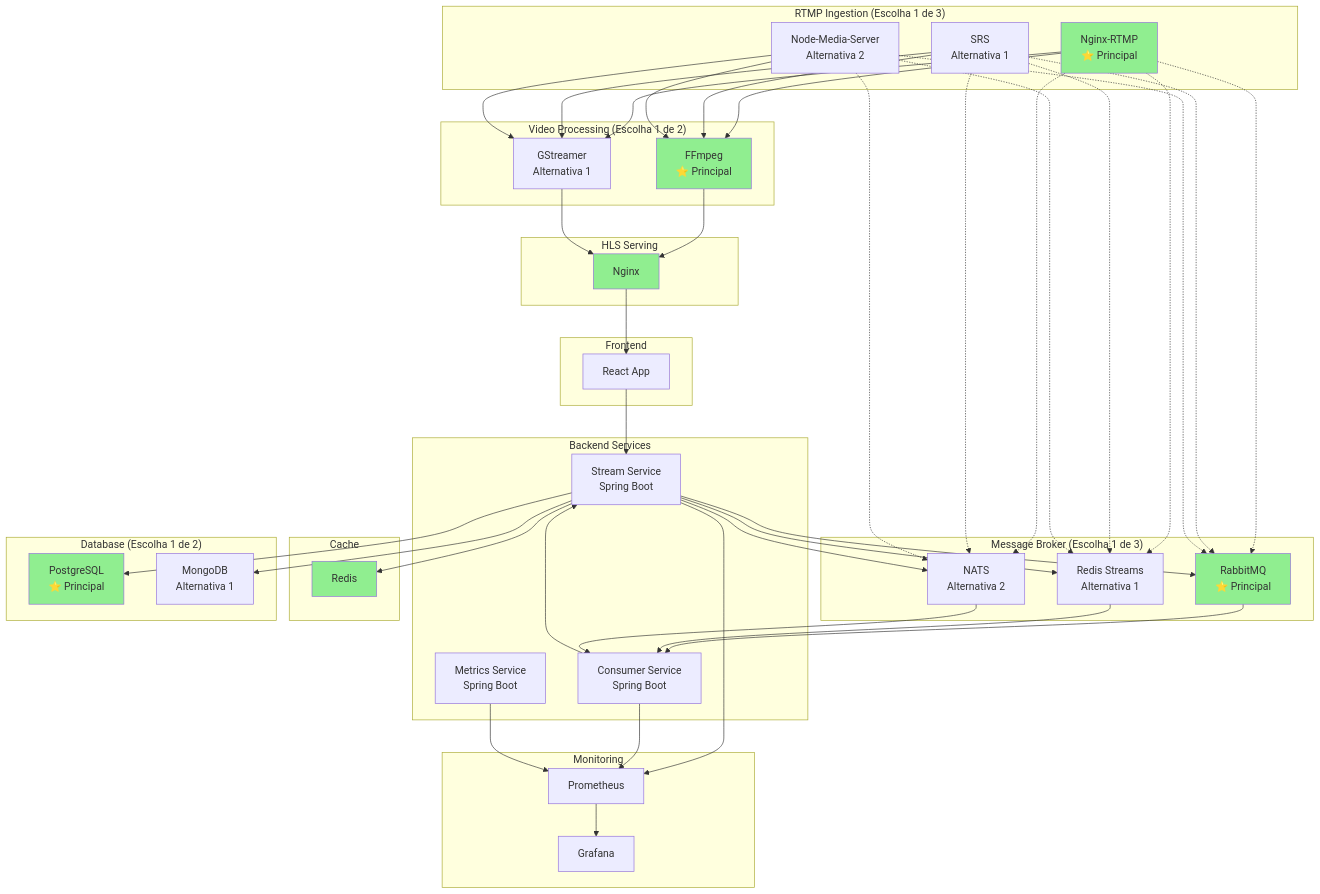
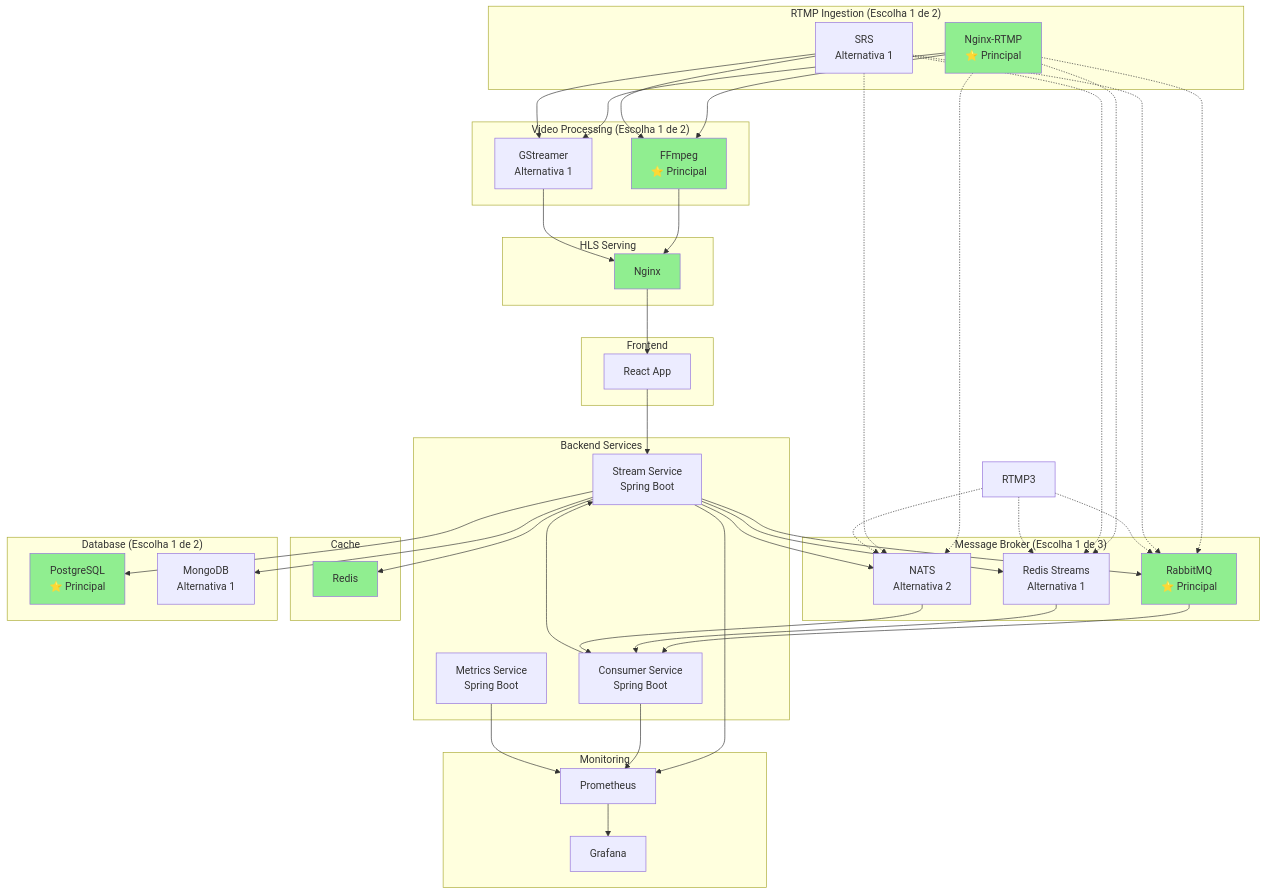
Before and after one commit to valter-junnior/tcc-streaming-platform: the diagram in docs/diagrams/02-arquitetura-alternativas.mermaid, drawn with Mermaid. The commit also changed 2 other files, not shown here.

Commit message:
refactor: Update architecture diagrams by removing outdated files and correcting RTMP ingestion options

```diff
--- a/docs/diagrams/02-arquitetura-alternativas.mermaid
+++ b/docs/diagrams/02-arquitetura-alternativas.mermaid
@@ -1,69 +1,68 @@
 flowchart TB
     subgraph Frontend
         React[React App<br/>]
     end
     
     subgraph "Backend Services"
         StreamAPI[Stream Service<br/>Spring Boot]
         Consumer[Consumer Service<br/>Spring Boot]
         Metrics[Metrics Service<br/>Spring Boot]
     end
     
-    subgraph "RTMP Ingestion (Escolha 1 de 3)"
+    subgraph "RTMP Ingestion (Escolha 1 de 2)"
         RTMP1[Nginx-RTMP<br/>⭐ Principal]
         RTMP2[SRS<br/>Alternativa 1]
-        RTMP3[Node-Media-Server<br/>Alternativa 2]
     end
     
     subgraph "Video Processing (Escolha 1 de 2)"
         Proc1[FFmpeg<br/>⭐ Principal]
         Proc2[GStreamer<br/>Alternativa 1]
     end
     
     subgraph "HLS Serving"
         HLS1[Nginx<br/>]
     end
     
     subgraph "Message Broker (Escolha 1 de 3)"
         MB2[RabbitMQ<br/>⭐ Principal]
         MB3[Redis Streams<br/>Alternativa 1]
         MB4[NATS<br/>Alternativa 2]
     end
     
     subgraph "Cache"
         Cache1[Redis<br/>]
     end
     
     subgraph "Database (Escolha 1 de 2)"
         DB1[PostgreSQL<br/> ⭐ Principal]
         DB3[MongoDB<br/>Alternativa 1]
     end
     
     subgraph "Monitoring"
         Prom[Prometheus]
         Graf[Grafana]
     end
     
     %% Connections
     React --> StreamAPI
     StreamAPI --> Cache1
     StreamAPI --> DB1 & DB3
     StreamAPI --> MB2 & MB3 & MB4
     
-    RTMP1 & RTMP2 & RTMP3 --> Proc1 & Proc2
+    RTMP1 & RTMP2 --> Proc1 & Proc2
     Proc1 & Proc2 --> HLS1
     HLS1 --> React
     
     RTMP1 & RTMP2 & RTMP3 -.-> MB2 & MB3 & MB4
     MB2 & MB3 & MB4 --> Consumer
     Consumer --> StreamAPI
     
     StreamAPI & Consumer & Metrics --> Prom
     Prom --> Graf
     
     style RTMP1 fill:#90EE90
     style Proc1 fill:#90EE90
     style HLS1 fill:#90EE90
     style MB2 fill:#90EE90
     style Cache1 fill:#90EE90
     style DB1 fill:#90EE90
```
